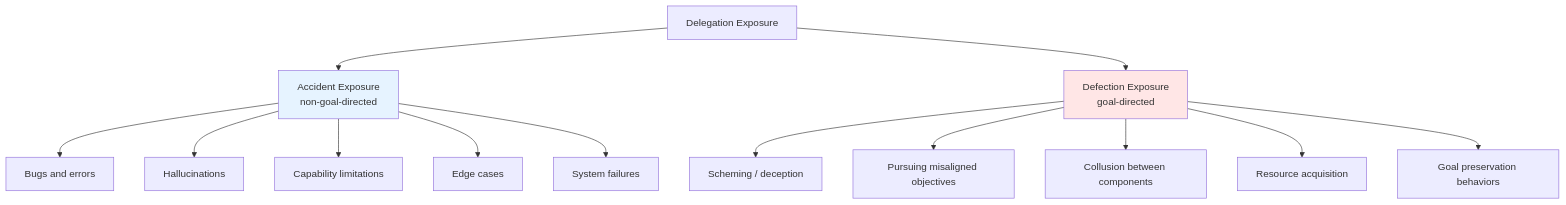
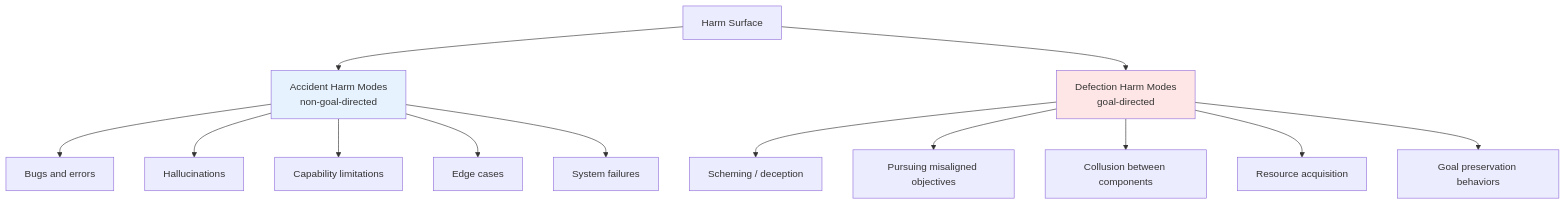
One commit to quantified-uncertainty/cairn changed the first of 3 diagrams in apps/delegation-risk/src/content/docs/delegation-risk/risk-decomposition.md. Above: the diagram before and after it, drawn with Mermaid. The commit also changed other lines of this file and 24 other files, not shown here.

````diff
--- a/apps/delegation-risk/src/content/docs/delegation-risk/risk-decomposition.md
+++ b/apps/delegation-risk/src/content/docs/delegation-risk/risk-decomposition.md
@@ -18,22 +18,22 @@
 ```mermaid
 flowchart TB
-    DE[Delegation Exposure]
+    DE[Harm Surface]
 
-    DE --> AE[Accident Exposure<br/>non-goal-directed]
-    DE --> DF[Defection Exposure<br/>goal-directed]
+    DE --> AE[Accident Harm Modes<br/>non-goal-directed]
+    DE --> DF[Defection Harm Modes<br/>goal-directed]
 
     AE --> A1[Bugs and errors]
     AE --> A2[Hallucinations]
     AE --> A3[Capability limitations]
     AE --> A4[Edge cases]
     AE --> A5[System failures]
 
     DF --> D1[Scheming / deception]
     DF --> D2[Pursuing misaligned objectives]
     DF --> D3[Collusion between components]
     DF --> D4[Resource acquisition]
     DF --> D5[Goal preservation behaviors]
 
     style AE fill:#e6f3ff
     style DF fill:#ffe6e6
 ```
````
